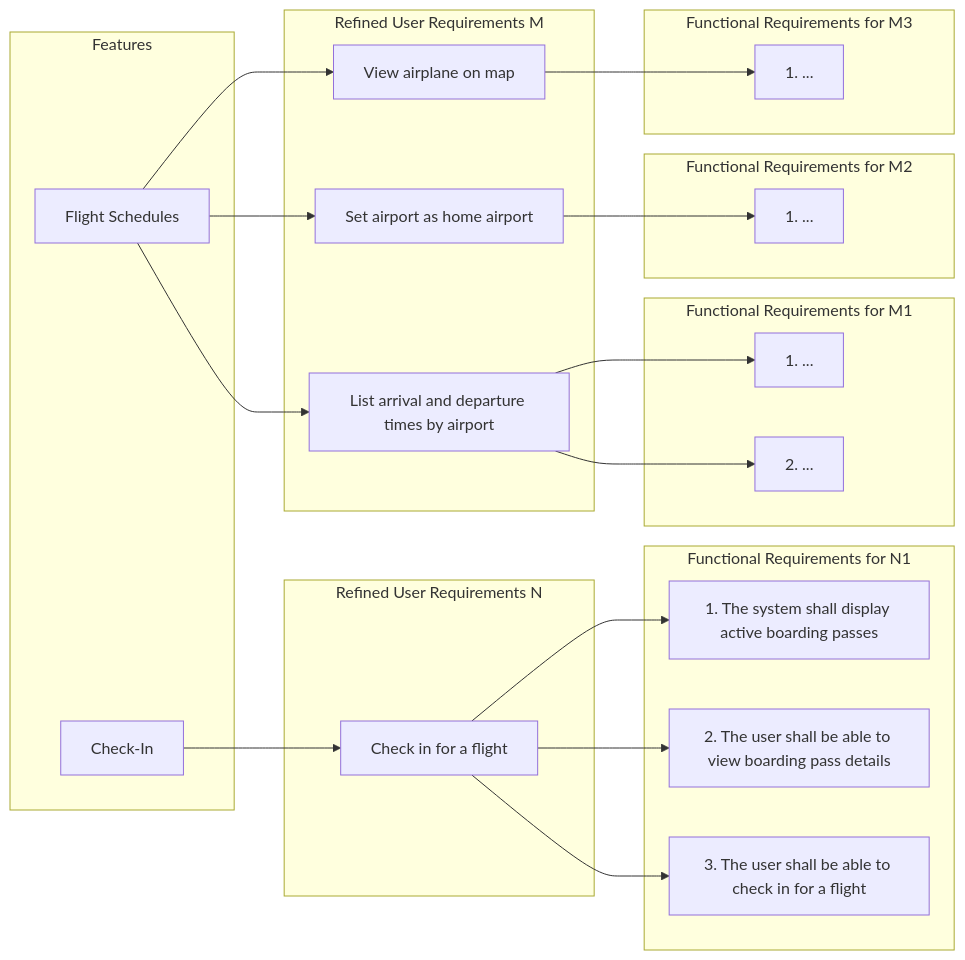
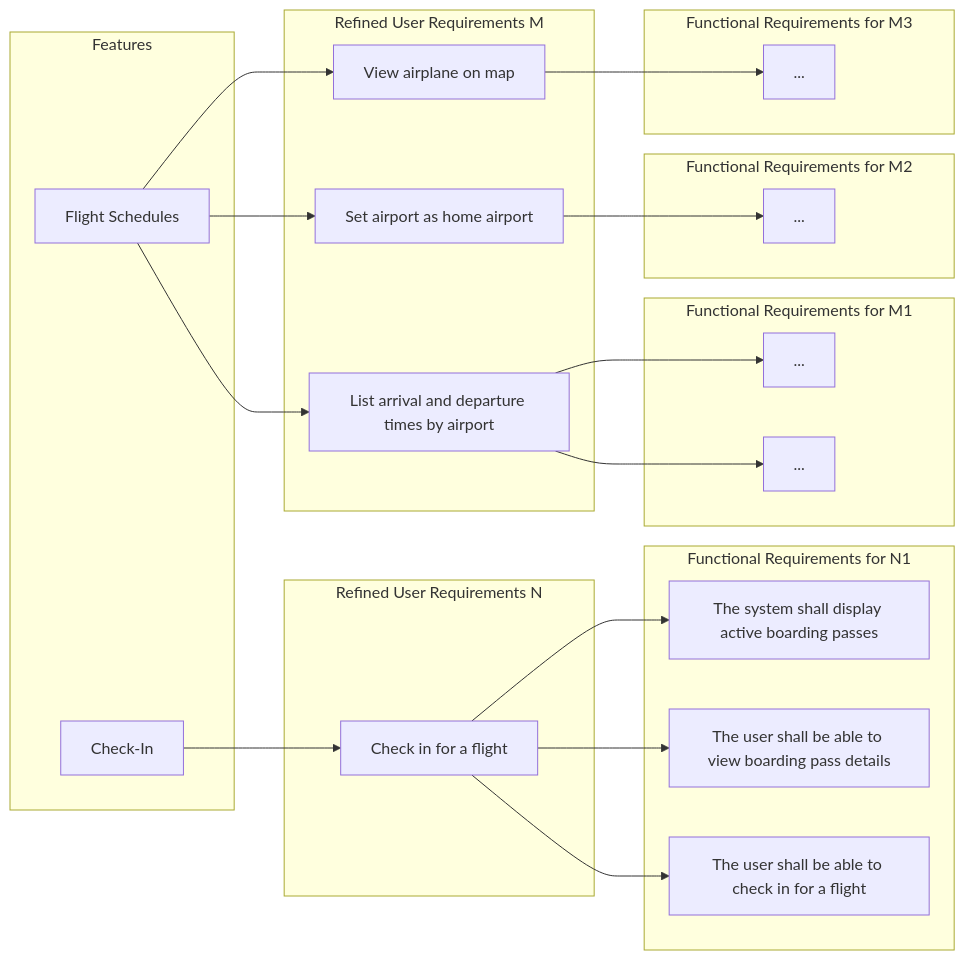
One commit to sourander/kamk-cookiecutters changed the first of 2 diagrams in project/{{cookiecutter.containing_folder}}/docs/docs/guides/spec.md. Above: the diagram before and after it, drawn with Mermaid. The commit also changed 3 other files, not shown here.

````diff
--- a/project/{{cookiecutter.containing_folder}}/docs/docs/guides/spec.md
+++ b/project/{{cookiecutter.containing_folder}}/docs/docs/guides/spec.md
@@ -35,49 +35,49 @@
     ```mermaid
     graph LR
 
     subgraph Features
         A[Check-In]
         B[Flight Schedules]
     end
 
     subgraph Refined User Requirements N
         N1[Check in for a flight]
     end
 
     subgraph Refined User Requirements M
         M1[List arrival and departure times by airport]
         M2[Set airport as home airport]
         M3[View airplane on map]
     end
 
     subgraph Functional Requirements for N1
-        N1.1[1. The system shall display active boarding passes]
-        N1.2[2. The user shall be able to view boarding pass details]
-        N1.3[3. The user shall be able to check in for a flight]
+        N1.1[The system shall display active boarding passes]
+        N1.2[The user shall be able to view boarding pass details]
+        N1.3[The user shall be able to check in for a flight]
     end
 
     subgraph Functional Requirements for M1
-        M1.1[1. ...]
-        M1.2[2. ...]
+        M1.1[...]
+        M1.2[...]
     end
 
     subgraph Functional Requirements for M2
-        M2.1[1. ...]
+        M2.1[...]
     end
 
     subgraph Functional Requirements for M3
-        M3.1[1. ...]
+        M3.1[...]
     end
 
     A --> N1
     B --> M1
     B --> M2
     B --> M3
     N1 --> N1.1
     N1 --> N1.2
     N1 --> N1.3
     M1 --> M1.1
     M1 --> M1.2
     M2 --> M2.1
     M3 --> M3.1
     ```
````
